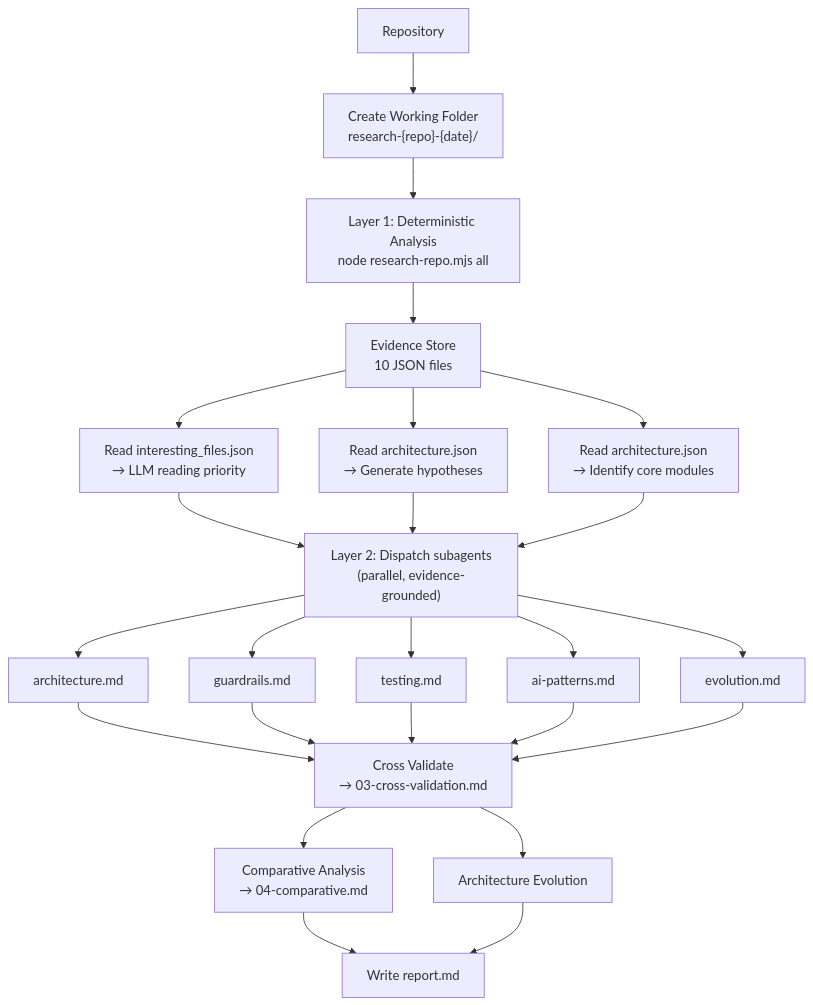
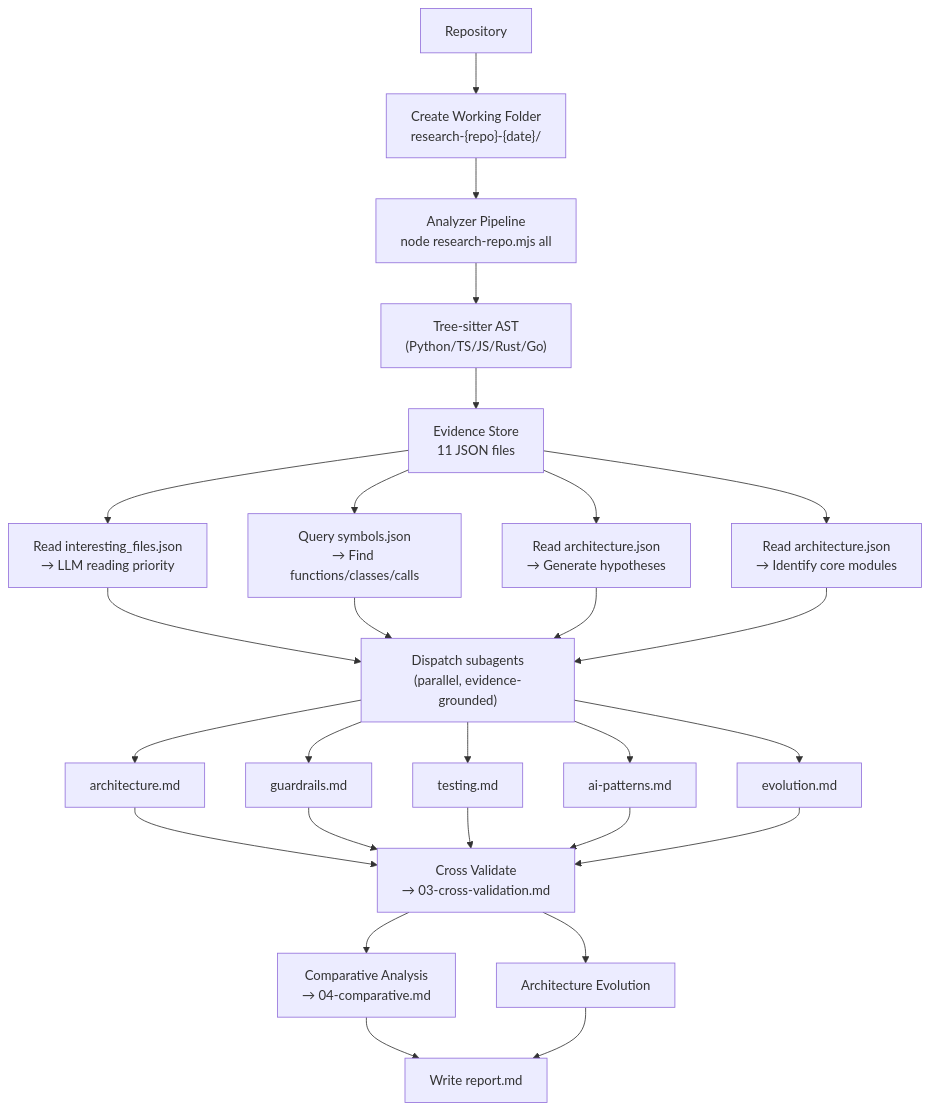
The second of 2 diagrams in .trae/skills/research-repo/SKILL.md (devweekly/devweekly.github.io), drawn with Mermaid before and after one commit. The commit also changed other lines of this file and 4 other files, not shown here.

````diff
--- a/.trae/skills/research-repo/SKILL.md
+++ b/.trae/skills/research-repo/SKILL.md
@@ -369,33 +411,36 @@
 ```mermaid
 flowchart TD
   A[Repository] --> WF["Create Working Folder<br/>research-{repo}-{date}/"]
-  WF --> DA["Layer 1: Deterministic Analysis<br/>node research-repo.mjs all"]
+  WF --> DA["Analyzer Pipeline<br/>node research-repo.mjs all"]
 
-  DA --> ES["Evidence Store<br/>10 JSON files"]
+  DA --> TS["Tree-sitter AST<br/>(Python/TS/JS/Rust/Go)"]
+  TS --> ES["Evidence Store<br/>11 JSON files"]
 
   ES --> RANK["Read interesting_files.json<br/>→ LLM reading priority"]
+  ES --> SYM["Query symbols.json<br/>→ Find functions/classes/calls"]
   ES --> HYP["Read architecture.json<br/>→ Generate hypotheses"]
   ES --> ARCH["Read architecture.json<br/>→ Identify core modules"]
 
-  RANK --> E["Layer 2: Dispatch subagents<br/>(parallel, evidence-grounded)"]
+  RANK --> E["Dispatch subagents<br/>(parallel, evidence-grounded)"]
+  SYM --> E
   HYP --> E
   ARCH --> E
 
   E --> E1["architecture.md"]
   E --> E2["guardrails.md"]
   E --> E3["testing.md"]
   E --> E4["ai-patterns.md"]
   E --> E5["evolution.md"]
 
   E1 --> F["Cross Validate<br/>→ 03-cross-validation.md"]
   E2 --> F
   E3 --> F
   E4 --> F
   E5 --> F
 
   F --> CA["Comparative Analysis<br/>→ 04-comparative.md"]
   F --> EV["Architecture Evolution"]
 
   CA --> M["Write report.md"]
   EV --> M
 ```
````
